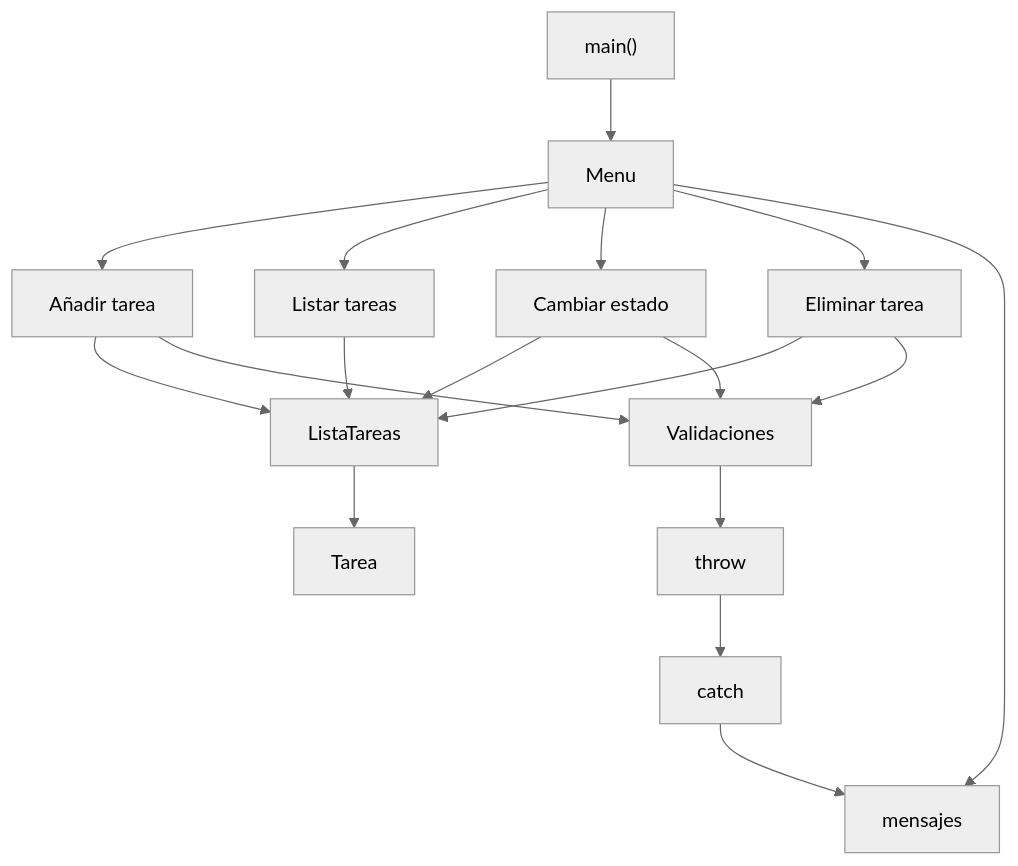
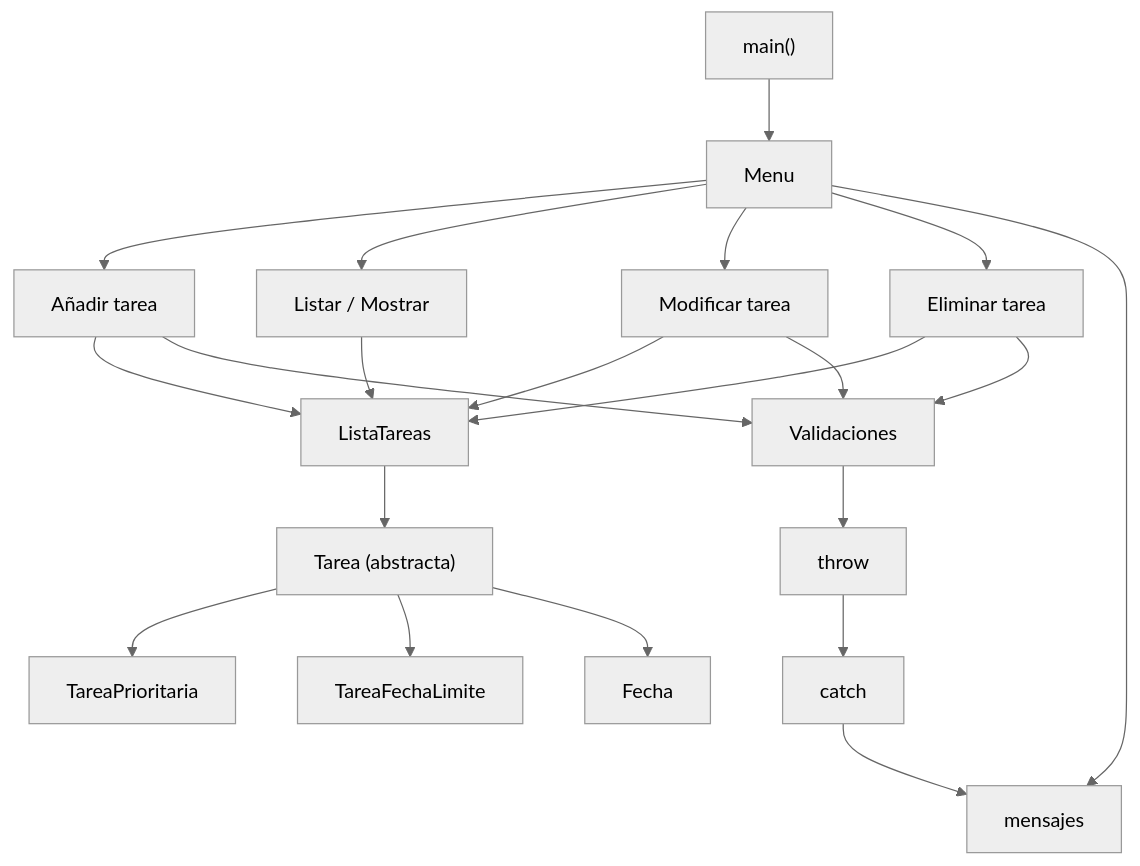
The first of 4 diagrams in README.md (Chavalinas/To-Do-List), drawn with Mermaid (neutral theme) before and after one commit. The commit also changed other lines of this file, not shown here.

````diff
--- a/README.md
+++ b/README.md
@@ -99,26 +106,29 @@
 ```mermaid
 flowchart TD
 
     A["main()"] --> B["Menu"]
 
     B --> C["Añadir tarea"]
-    B --> D["Listar tareas"]
-    B --> E["Cambiar estado"]
+    B --> D["Listar / Mostrar"]
+    B --> E["Modificar tarea"]
     B --> F["Eliminar tarea"]
 
     C --> G["ListaTareas"]
     D --> G
     E --> G
     F --> G
 
-    G --> H["Tarea"]
+    G --> H["Tarea (abstracta)"]
+    H --> P["TareaPrioritaria"]
+    H --> Q["TareaFechaLimite"]
+    H --> R["Fecha"]
 
     B --> I["mensajes"]
     C --> J["Validaciones"]
     E --> J
     F --> J
 
     J --> K["throw"]
     K --> L["catch"]
     L --> I
 ```
````
